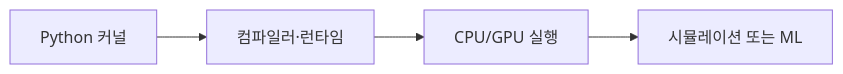
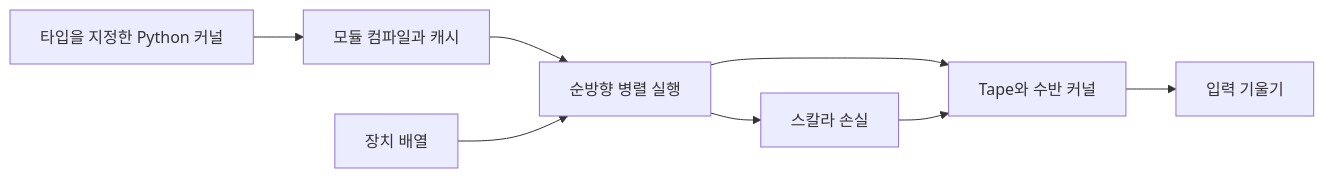
The diagram in docs/ko/nvidia-warp.md (james-joobs/awesome-nvidia-physical-ai), drawn with Mermaid before and after one commit. The commit also changed other lines of this file and 187 other files, not shown here.

Commit message:
Expand bilingual guides with official architecture references

````diff
--- a/docs/ko/nvidia-warp.md
+++ b/docs/ko/nvidia-warp.md
@@ -17,4 +18,17 @@
 ```mermaid
 flowchart LR
-    A["Python 커널"] --> B["컴파일러·런타임"] --> C["CPU/GPU 실행"] --> D["시뮬레이션 또는 ML"]
+    p["타입을 지정한 Python 커널"]
+    c["모듈 컴파일과 캐시"]
+    a["장치 배열"]
+    k["순방향 병렬 실행"]
+    loss["스칼라 손실"]
+    t["Tape와 수반 커널"]
+    g["입력 기울기"]
+    p --> c
+    c --> k
+    a --> k
+    k --> loss
+    k --> t
+    loss --> t
+    t --> g
 ```
````
